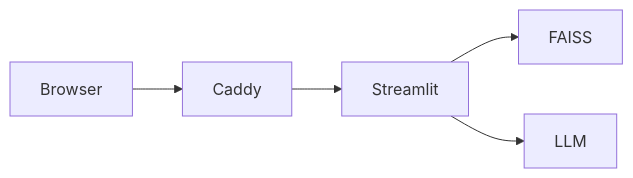
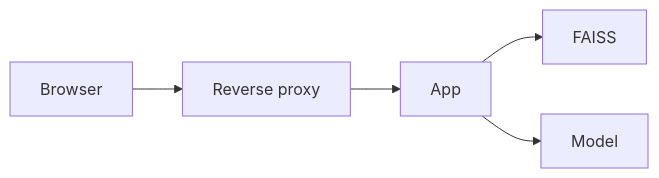
The first of 3 diagrams in docs/README.md (RoxanaTapia/ai-doc-to-chat-pipeline), drawn with Mermaid before and after one commit. The commit also changed other lines of this file and 9 other files, not shown here.

````diff
--- a/docs/README.md
+++ b/docs/README.md
@@ -54,7 +54,7 @@
 ```mermaid
 flowchart LR
-  Browser --> Caddy
-  Caddy --> Streamlit
-  Streamlit --> FAISS
-  Streamlit --> LLM
+  Browser --> Proxy[Reverse proxy]
+  Proxy --> App
+  App --> FAISS
+  App --> Model
 ```
````
